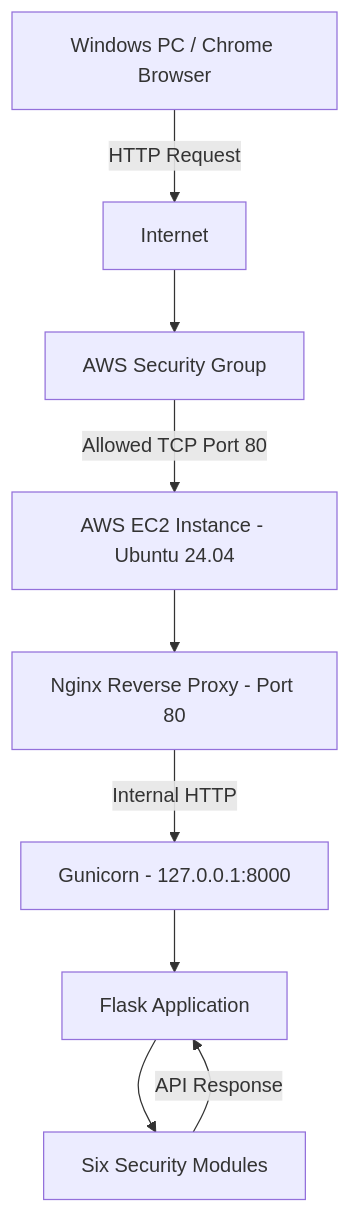
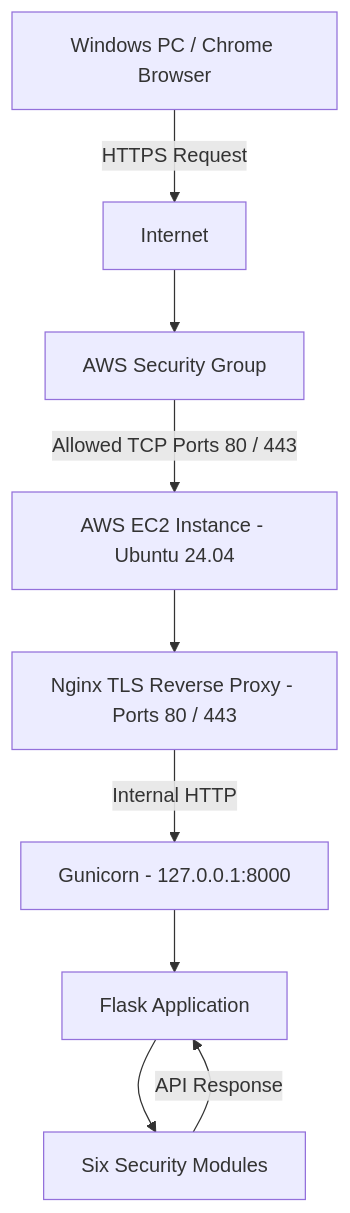
Before and after one commit to fatima-dev-cloud/GameShield-AI: the diagram in docs/diagrams/aws_network_architecture.md, drawn with Mermaid. The commit also changed other lines of this file and 4 other files, not shown here.

````diff
--- a/docs/diagrams/aws_network_architecture.md
+++ b/docs/diagrams/aws_network_architecture.md
@@ -6,20 +6,20 @@
 ```mermaid
 flowchart TD
     A["Windows PC / Chrome Browser"]
     B["Internet"]
     C["AWS Security Group"]
     D["AWS EC2 Instance - Ubuntu 24.04"]
-    E["Nginx Reverse Proxy - Port 80"]
+    E["Nginx TLS Reverse Proxy - Ports 80 / 443"]
     F["Gunicorn - 127.0.0.1:8000"]
     G["Flask Application"]
     H["Six Security Modules"]
 
-    A -->|"HTTP Request"| B
+    A -->|"HTTPS Request"| B
     B --> C
-    C -->|"Allowed TCP Port 80"| D
+    C -->|"Allowed TCP Ports 80 / 443"| D
     D --> E
     E -->|"Internal HTTP"| F
     F --> G
     G --> H
     H -->|"API Response"| G
 ```
````
